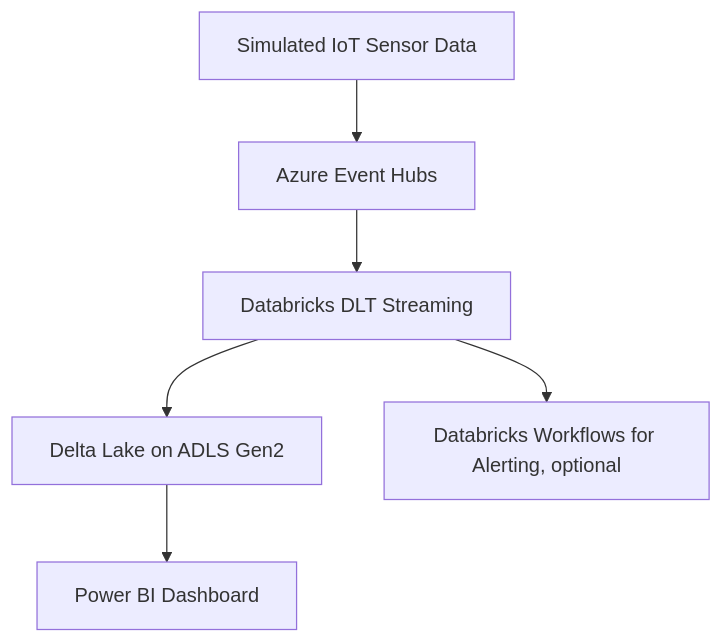
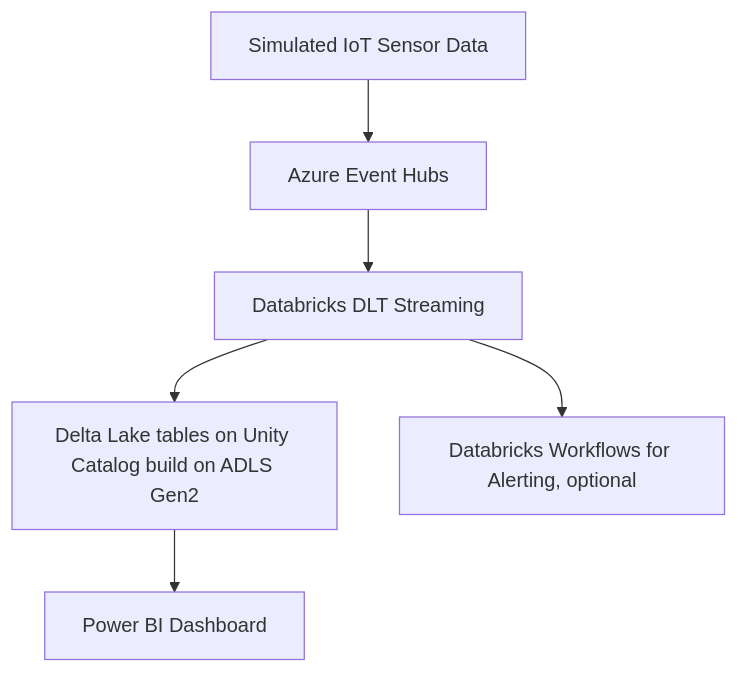
One commit to gopalrai11/Azure-Event-Hubs-Pipeline changed the diagram in README.md. Above: the diagram before and after it, drawn with Mermaid.

````diff
--- a/README.md
+++ b/README.md
@@ -14,9 +14,9 @@
 ```mermaid
 graph TD
     A[Simulated IoT Sensor Data] --> B[Azure Event Hubs]
     B --> C[Databricks DLT Streaming]
-    C --> D[Delta Lake on ADLS Gen2]
+    C --> D[Delta Lake tables on Unity Catalog build on ADLS Gen2]
     D --> E[Power BI Dashboard]
     C --> F[Databricks Workflows for Alerting, optional]
 
 ```
````
